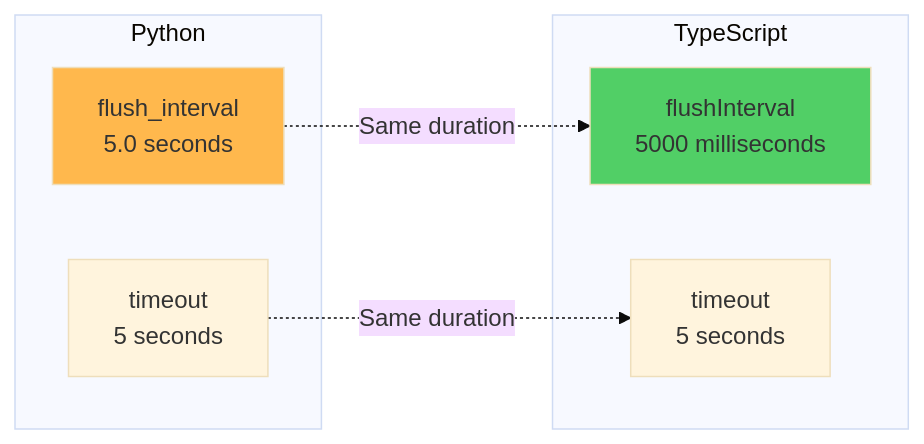
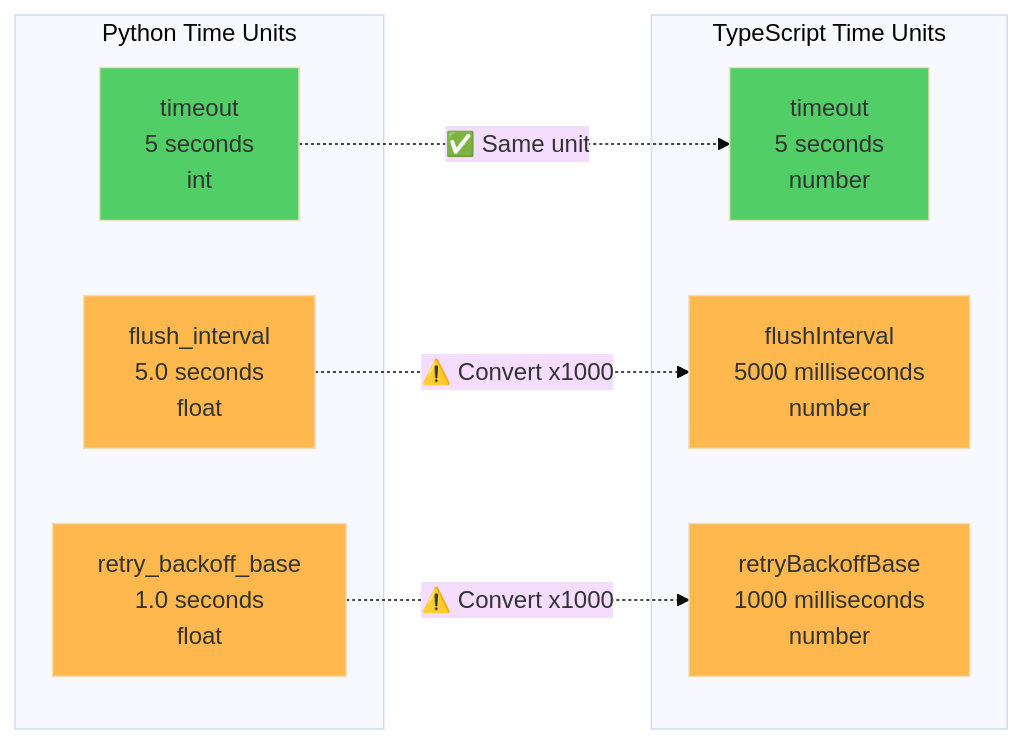
Before and after one commit to namastexlabs/automagik-telemetry: the third of 6 diagrams in docs/DEVELOPER_GUIDES/SDK_DIFFERENCES.md, drawn with Mermaid (base theme). The commit also changed other lines of this file and 7 other files, not shown here.

````diff
--- a/docs/DEVELOPER_GUIDES/SDK_DIFFERENCES.md
+++ b/docs/DEVELOPER_GUIDES/SDK_DIFFERENCES.md
@@ -540,18 +585,25 @@
 ```mermaid
 graph LR
-    subgraph "Python"
-        PY_FLUSH[flush_interval<br/>5.0 seconds]
-        PY_TIMEOUT[timeout<br/>5 seconds]
+    subgraph "Python Time Units"
+        PY_TIMEOUT[timeout<br/>5 seconds<br/>int]
+        PY_FLUSH[flush_interval<br/>5.0 seconds<br/>float]
+        PY_RETRY[retry_backoff_base<br/>1.0 seconds<br/>float]
     end
 
-    subgraph "TypeScript"
-        TS_FLUSH[flushInterval<br/>5000 milliseconds]
-        TS_TIMEOUT[timeout<br/>5 seconds]
+    subgraph "TypeScript Time Units"
+        TS_TIMEOUT[timeout<br/>5 seconds<br/>number]
+        TS_FLUSH[flushInterval<br/>5000 milliseconds<br/>number]
+        TS_RETRY[retryBackoffBase<br/>1000 milliseconds<br/>number]
     end
 
-    PY_FLUSH -.->|"Same duration"| TS_FLUSH
-    PY_TIMEOUT -.->|"Same duration"| TS_TIMEOUT
+    PY_TIMEOUT -.->|"✅ Same unit"| TS_TIMEOUT
+    PY_FLUSH -.->|"⚠️ Convert x1000"| TS_FLUSH
+    PY_RETRY -.->|"⚠️ Convert x1000"| TS_RETRY
 
+    style PY_TIMEOUT fill:#51CF66
+    style TS_TIMEOUT fill:#51CF66
     style PY_FLUSH fill:#FFB84D
-    style TS_FLUSH fill:#51CF66
+    style TS_FLUSH fill:#FFB84D
+    style PY_RETRY fill:#FFB84D
+    style TS_RETRY fill:#FFB84D
 ```
````
